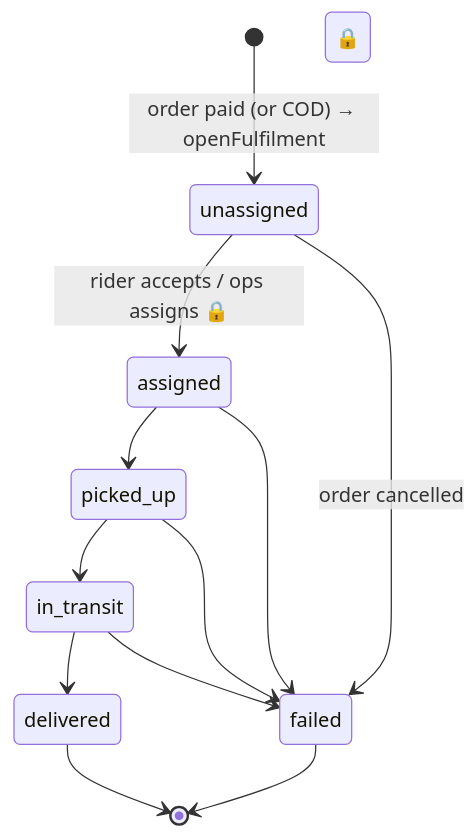
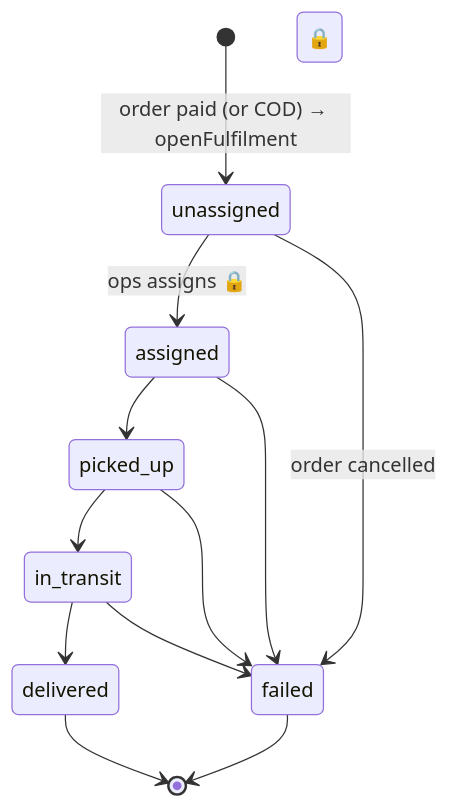
Diagram 13 of 20 in docs/ARCHITECTURE.md (WaseemMirzaa/somba-apps), drawn with Mermaid before and after one commit. The commit also changed other lines of this file and 42 other files, not shown here.

````diff
--- a/docs/ARCHITECTURE.md
+++ b/docs/ARCHITECTURE.md
@@ -1476,14 +1476,14 @@
 ```mermaid
 stateDiagram-v2
   [*] --> unassigned: order paid (or COD) → openFulfilment
-  unassigned --> assigned: rider accepts / ops assigns 🔒
+  unassigned --> assigned: ops assigns 🔒
   assigned --> picked_up 🔒
   picked_up --> in_transit 🔒
   in_transit --> delivered 🔒
   assigned --> failed
   picked_up --> failed
   in_transit --> failed
   unassigned --> failed: order cancelled
   delivered --> [*]
   failed --> [*]
 ```
````
